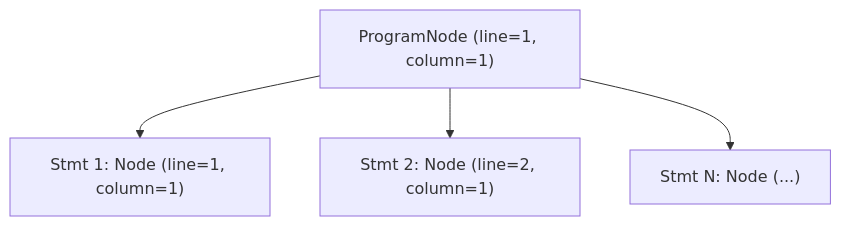
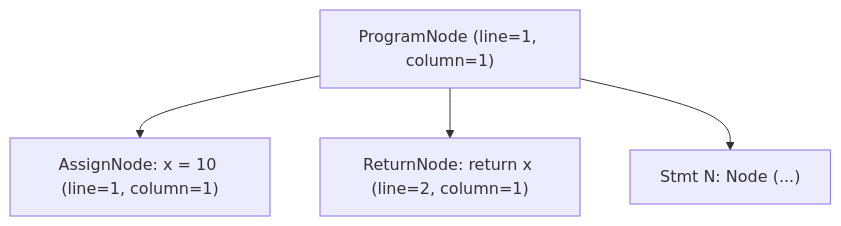
The second of 2 diagrams in docs/parser/ast.md (code-silva/COMPILADORES-EQUIPE-03), drawn with Mermaid before and after one commit. The commit also changed other lines of this file, not shown here.

Commit message:
Documenta as instruções imperativas (AssignNode e ReturnNode) em docs/parser/ast.md, incluindo tabelas de atributos, diagramas atualizados, exemplos práticos de mapeamento Python vs AST e exemplos de uso.

````diff
--- a/docs/parser/ast.md
+++ b/docs/parser/ast.md
@@ -27,6 +37,6 @@
 ```mermaid
 flowchart TD
-    Root["ProgramNode (line=1, column=1)"] --> S1["Stmt 1: Node (line=1, column=1)"]
-    Root --> S2["Stmt 2: Node (line=2, column=1)"]
+    Root["ProgramNode (line=1, column=1)"] --> S1["AssignNode: x = 10 (line=1, column=1)"]
+    Root --> S2["ReturnNode: return x (line=2, column=1)"]
     Root --> SN["Stmt N: Node (...)"]
 ```
````
